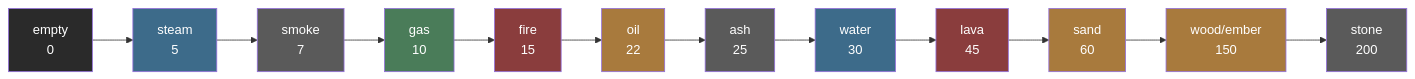
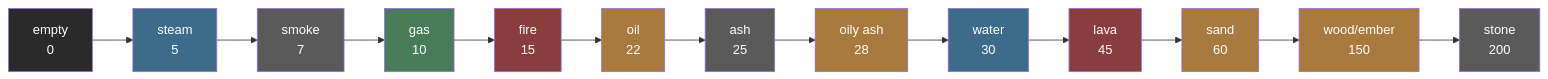
One commit to jose-villegas/esp32-c6-dev changed the third of 7 diagrams in docs/Sand/Adding-a-Material.md. Above: the diagram before and after it, drawn with Mermaid. The commit also changed other lines of this file and 7 other files, not shown here.

````diff
--- a/docs/Sand/Adding-a-Material.md
+++ b/docs/Sand/Adding-a-Material.md
@@ -197,17 +197,18 @@
 ```mermaid
 flowchart LR
-    E["empty\n0"] --> S["steam\n5"] --> K["smoke\n7"] --> G["gas\n10"] --> F["fire\n15"] --> X["oil\n22"] --> AS["ash\n25"] --> W["water\n30"] --> LV["lava\n45"] --> A["sand\n60"] --> D["wood/ember\n150"] --> T["stone\n200"]
+    E["empty\n0"] --> S["steam\n5"] --> K["smoke\n7"] --> G["gas\n10"] --> F["fire\n15"] --> X["oil\n22"] --> AS["ash\n25"] --> OA["oily ash\n28"] --> W["water\n30"] --> LV["lava\n45"] --> A["sand\n60"] --> D["wood/ember\n150"] --> T["stone\n200"]
 
     style E fill:#2a2a2a,color:#fff
     style S fill:#3d6b8a,color:#fff
     style K fill:#5a5a5a,color:#fff
     style G fill:#4a7c59,color:#fff
     style F fill:#8a3d3d,color:#fff
     style W fill:#3d6b8a,color:#fff
     style A fill:#a87a3d,color:#fff
     style D fill:#a87a3d,color:#fff
     style T fill:#5a5a5a,color:#fff
     style X fill:#a87a3d,color:#fff
     style AS fill:#5a5a5a,color:#fff
+    style OA fill:#a87a3d,color:#fff
     style LV fill:#8a3d3d,color:#fff
 ```
````
